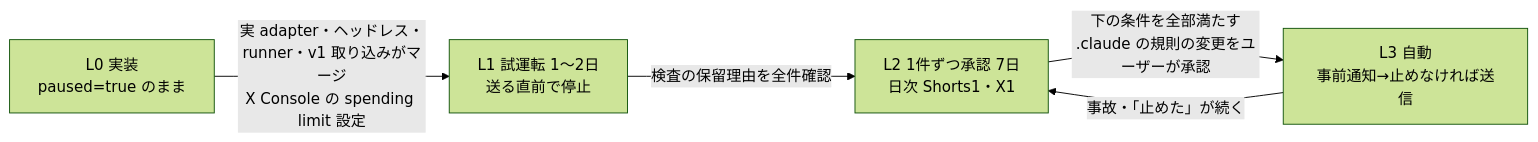
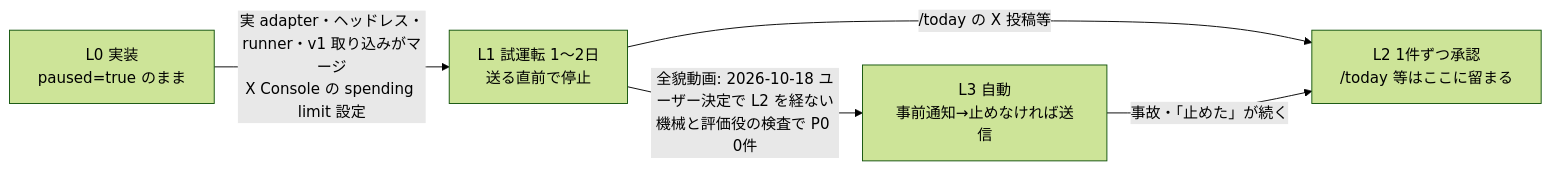
One commit to rhapsody0919/boatrace-ai-predictor changed the second of 2 diagrams in docs/design/sns-pdca-loop/spec.md. Above: the diagram before and after it, drawn with Mermaid (forest theme). The commit also changed other lines of this file and 6 other files, not shown here.

````diff
--- a/docs/design/sns-pdca-loop/spec.md
+++ b/docs/design/sns-pdca-loop/spec.md
@@ -93,7 +93,7 @@
 ```mermaid
 flowchart LR
   L0[L0 実装<br/>paused=true のまま] -->|実 adapter・ヘッドレス・runner・v1 取り込みがマージ<br/>X Console の spending limit 設定| L1[L1 試運転 1〜2日<br/>送る直前で停止]
-  L1 -->|検査の保留理由を全件確認| L2[L2 1件ずつ承認 7日<br/>日次 Shorts1・X1]
-  L2 -->|下の条件を全部満たす<br/>.claude の規則の変更をユーザーが承認| L3[L3 自動<br/>事前通知→止めなければ送信]
+  L1 -->|/today の X 投稿等| L2[L2 1件ずつ承認<br/>/today 等はここに留まる]
+  L1 -->|全貌動画: 2026-10-18 ユーザー決定で L2 を経ない<br/>機械と評価役の検査で P0 0件| L3[L3 自動<br/>事前通知→止めなければ送信]
   L3 -->|事故・「止めた」が続く| L2
 ```
````
